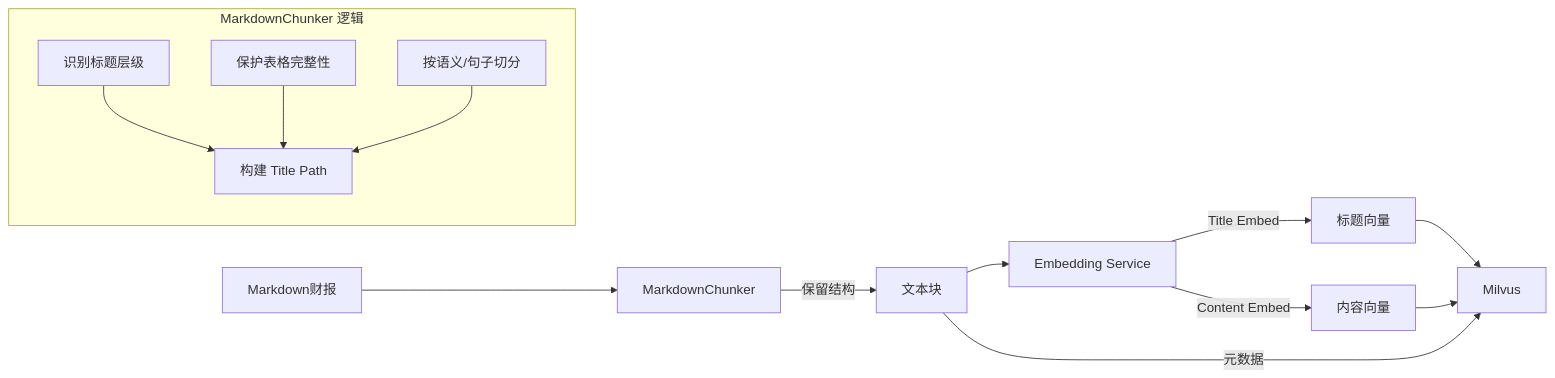
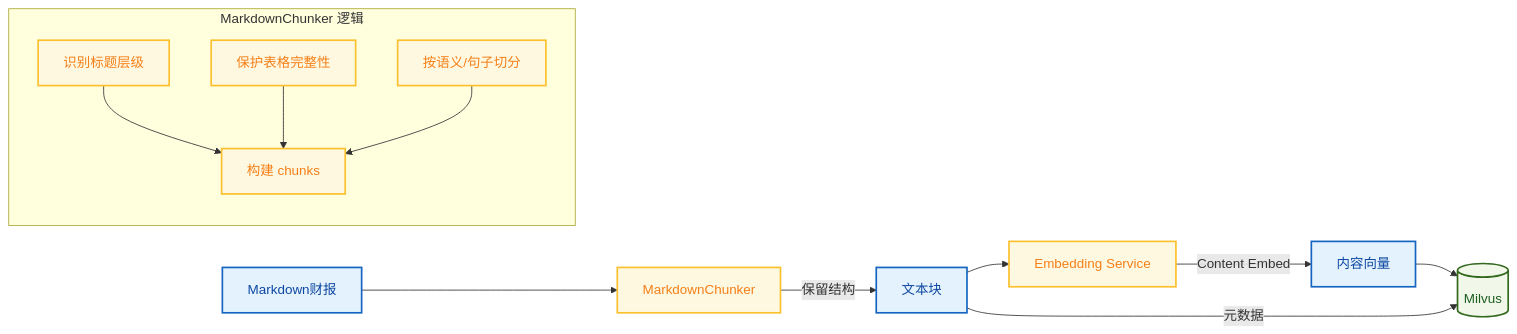
Before and after one commit to damaohongtu/fin-report-reviewer: the second of 2 diagrams in docs/作品简介.md, drawn with Mermaid. The commit also changed other lines of this file and 4 other files, not shown here.

````diff
--- a/docs/作品简介.md
+++ b/docs/作品简介.md
@@ -70,22 +79,25 @@
 ```mermaid
 flowchart LR
-    MD[Markdown财报] --> Chunker[MarkdownChunker]
-    Chunker --> |保留结构| Chunks[文本块]
+    %% Style Definitions
+    classDef data fill:#E3F2FD,stroke:#1565C0,stroke-width:2px,color:#0D47A1;
+    classDef proc fill:#FFF8E1,stroke:#FBC02D,stroke-width:2px,color:#F57F17;
+    classDef storage fill:#F1F8E9,stroke:#33691E,stroke-width:2px,color:#1B5E20;
+
+    MD[Markdown财报]:::data --> Chunker[MarkdownChunker]:::proc
+    Chunker --> |保留结构| Chunks[文本块]:::data
   
     subgraph Logic[MarkdownChunker 逻辑]
-        C1[识别标题层级]
-        C2[保护表格完整性]
-        C3[按语义/句子切分]
-        C1 --> C4[构建 Title Path]
+        C1[识别标题层级]:::proc
+        C2[保护表格完整性]:::proc
+        C3[按语义/句子切分]:::proc
+        C1 --> C4[构建 chunks]:::proc
         C2 --> C4
         C3 --> C4
     end
   
-    Chunks --> Embedding[Embedding Service]
-    Embedding --> |Title Embed| V1[标题向量]
-    Embedding --> |Content Embed| V2[内容向量]
+    Chunks --> Embedding[Embedding Service]:::proc
+    Embedding --> |Content Embed| V2[内容向量]:::data
   
-    V1 --> Milvus
-    V2 --> Milvus
+    V2 --> Milvus[(Milvus)]:::storage
     Chunks --> |元数据| Milvus
 ```
````
